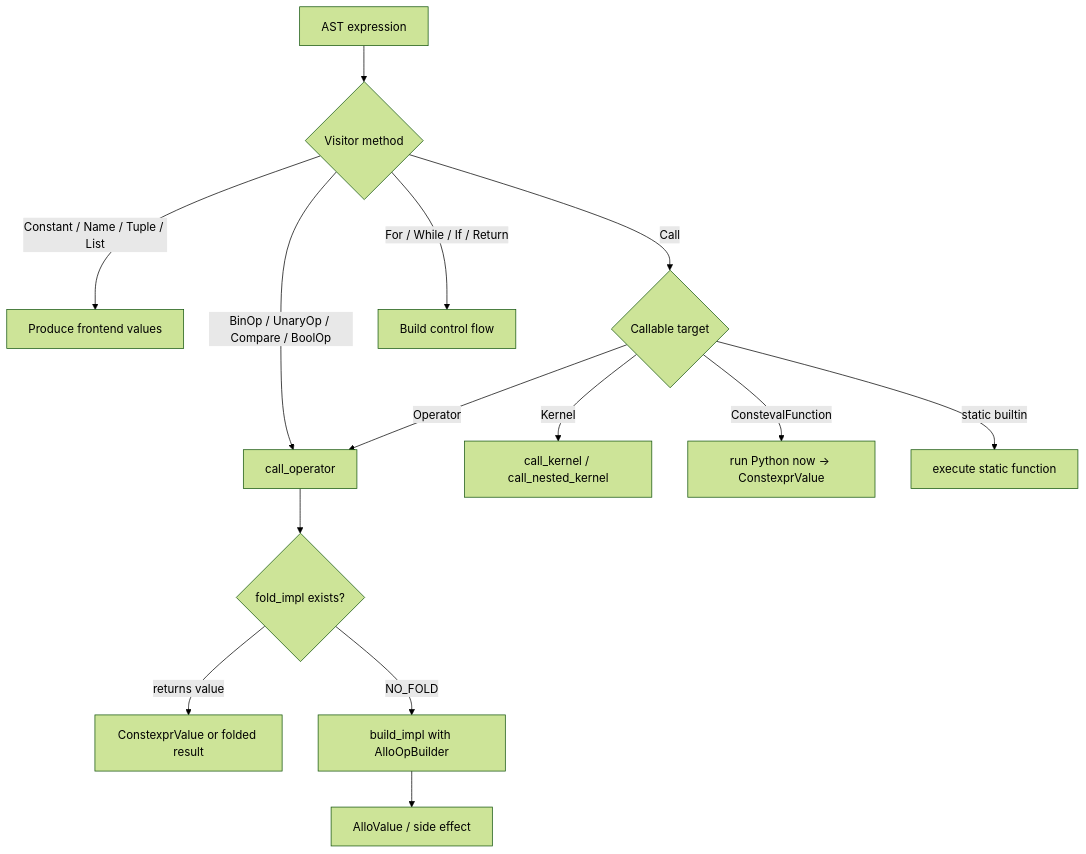
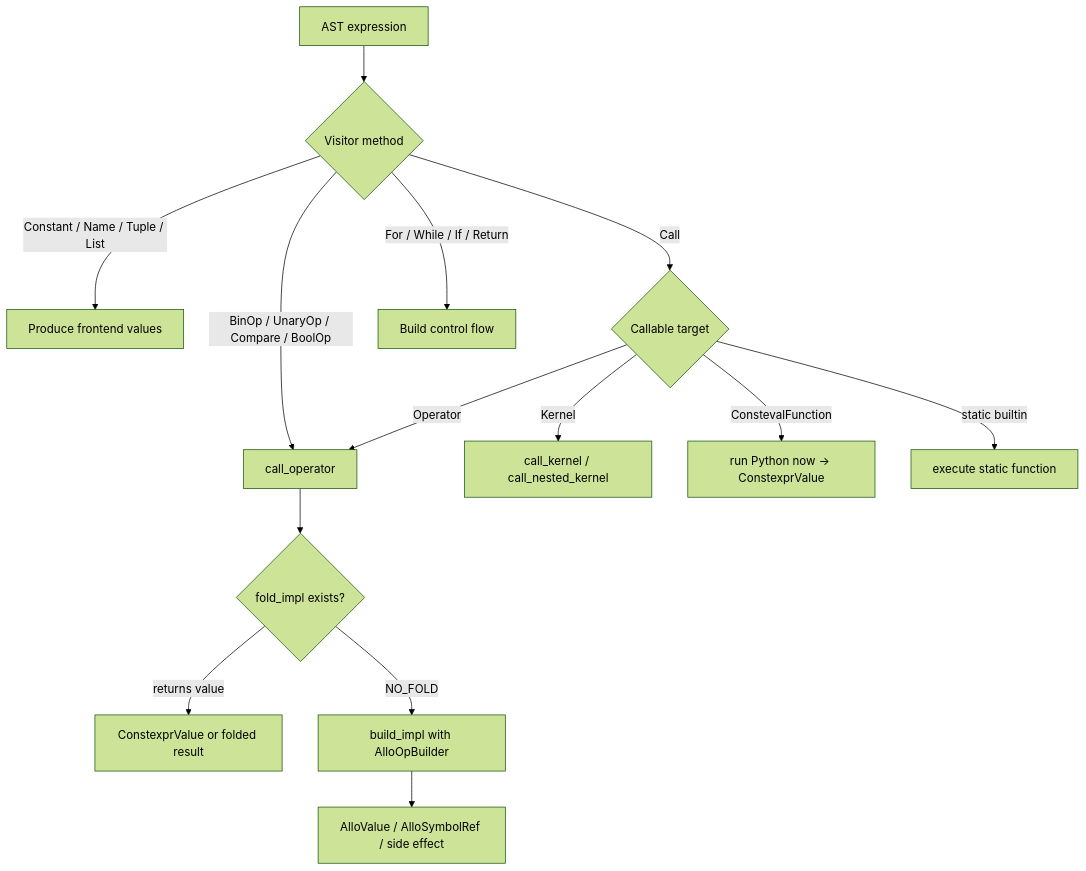
The second of 3 diagrams in docs/compiler_infrastructure.md (kkkaishao/allo), drawn with Mermaid (forest theme) before and after one commit. The commit also changed other lines of this file and 4 other files, not shown here.

````diff
--- a/docs/compiler_infrastructure.md
+++ b/docs/compiler_infrastructure.md
@@ -85,19 +102,19 @@
 ```mermaid
 flowchart TD
     A[AST expression] --> B{Visitor method}
 
     B -->|Constant / Name / Tuple / List| V[Produce frontend values]
     B -->|BinOp / UnaryOp / Compare / BoolOp| O[call_operator]
     B -->|Call| C{Callable target}
     B -->|For / While / If / Return| CFG[Build control flow]
 
     C -->|Kernel| K[call_kernel / call_nested_kernel]
     C -->|Operator| O
     C -->|ConstevalFunction| CE[run Python now -> ConstexprValue]
     C -->|static builtin| SB[execute static function]
 
     O --> F{fold_impl exists?}
     F -->|returns value| R[ConstexprValue or folded result]
     F -->|NO_FOLD| Build[build_impl with AlloOpBuilder]
-    Build --> IR[AlloValue / side effect]
+    Build --> IR[AlloValue / AlloSymbolRef / side effect]
 ```
````
